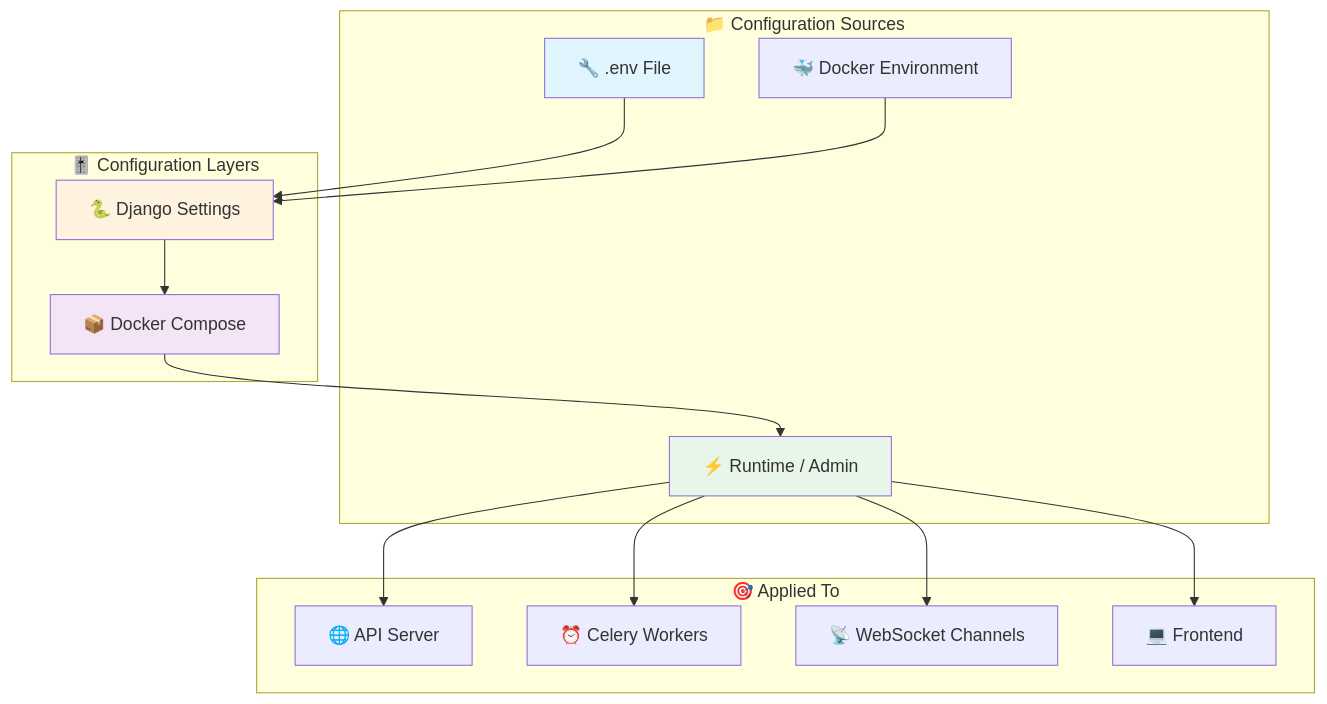
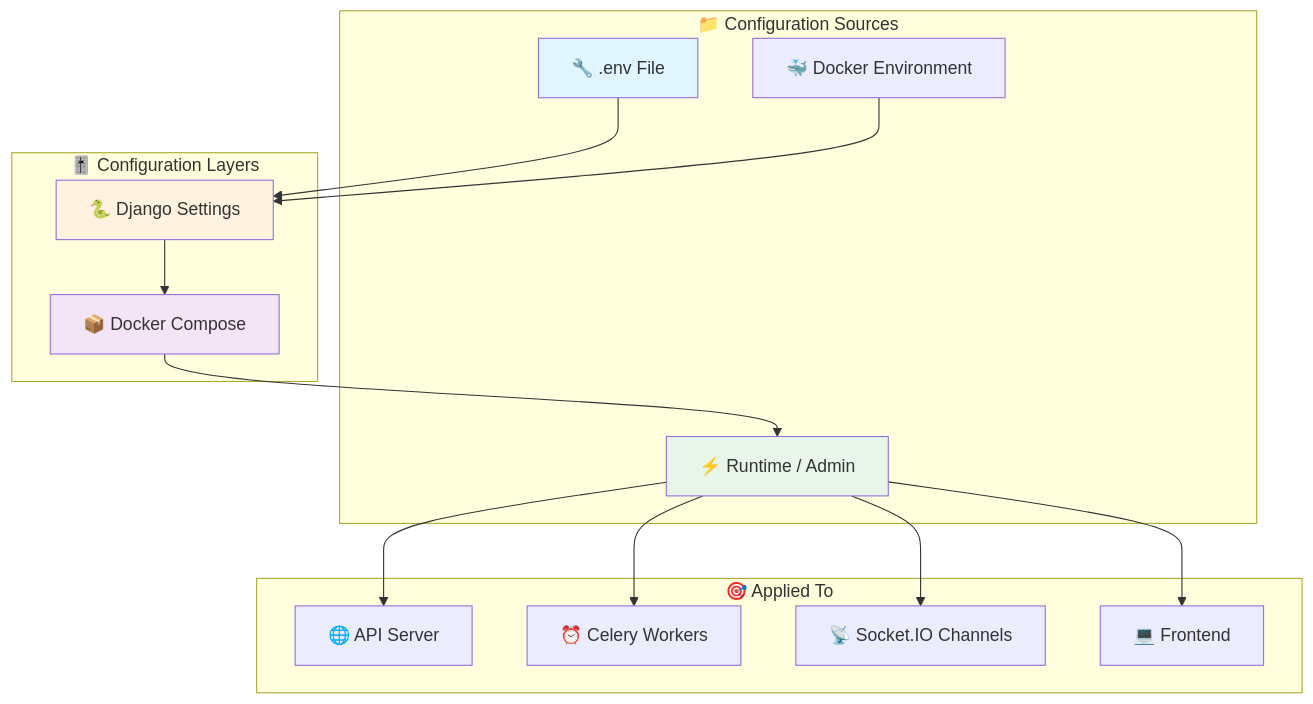
Before and after one commit to CHA0S-CORP/SkySpy: the first of 2 diagrams in docs/02-configuration.md, drawn with Mermaid. The commit also changed other lines of this file and 66 other files, not shown here.

````diff
--- a/docs/02-configuration.md
+++ b/docs/02-configuration.md
@@ -41,27 +41,27 @@
 ```mermaid
 flowchart TD
     subgraph Sources["📁 Configuration Sources"]
         ENV["🔧 .env File"]
         DOCKER["🐳 Docker Environment"]
         RUNTIME["⚡ Runtime / Admin"]
     end
 
     subgraph Layers["🎚️ Configuration Layers"]
         ENV --> DJANGO["🐍 Django Settings"]
         DOCKER --> DJANGO
         DJANGO --> COMPOSE["📦 Docker Compose"]
         COMPOSE --> RUNTIME
     end
 
     subgraph Outputs["🎯 Applied To"]
         RUNTIME --> API["🌐 API Server"]
         RUNTIME --> CELERY["⏰ Celery Workers"]
-        RUNTIME --> WS["📡 WebSocket Channels"]
+        RUNTIME --> WS["📡 Socket.IO Channels"]
         RUNTIME --> FRONTEND["💻 Frontend"]
     end
 
     style ENV fill:#e1f5fe
     style DJANGO fill:#fff3e0
     style COMPOSE fill:#f3e5f5
     style RUNTIME fill:#e8f5e9
 ```
````
